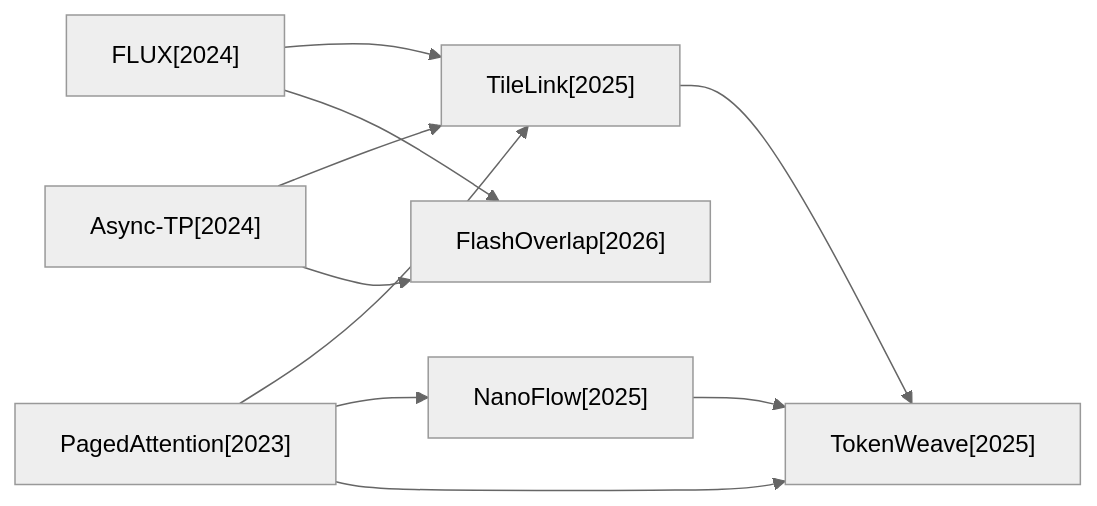
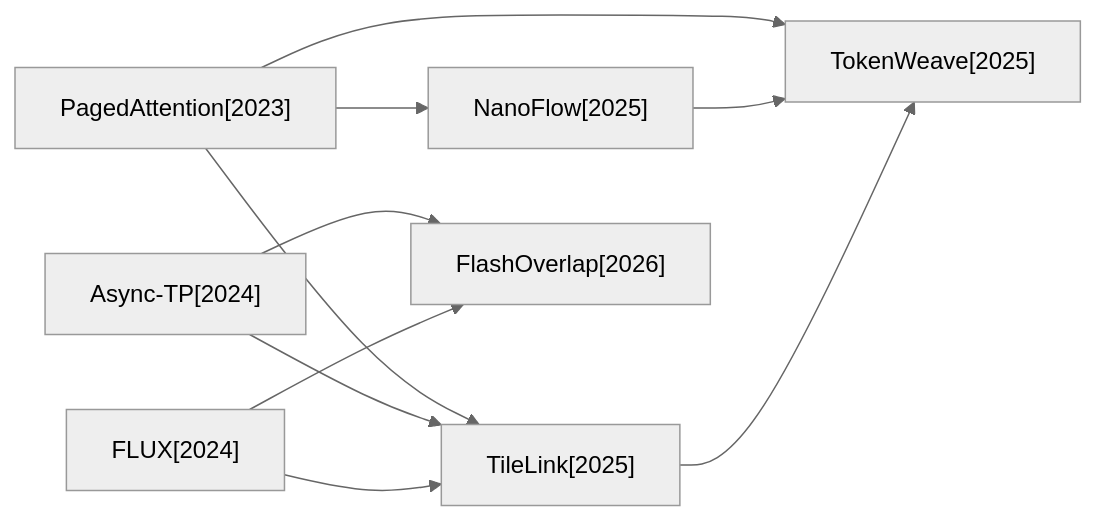
The first of 4 diagrams in docs/baseline_methods_graph.md (hustzxd/EfficientPaper), drawn with Mermaid (neutral theme) before and after one commit. The commit also changed other lines of this file and 2 other files, not shown here.

````diff
--- a/docs/baseline_methods_graph.md
+++ b/docs/baseline_methods_graph.md
@@ -7,19 +7,19 @@
 ```mermaid
 flowchart LR
+    2023_PagedAttention["PagedAttention[2023]"]
+    2024_Async_TP["Async-TP[2024]"]
     2024_FLUX["FLUX[2024]"]
     2025_TokenWeave["TokenWeave[2025]"]
+    2025_NanoFlow["NanoFlow[2025]"]
     2025_TileLink["TileLink[2025]"]
-    2023_PagedAttention["PagedAttention[2023]"]
     2026_FlashOverlap["FlashOverlap[2026]"]
-    2025_NanoFlow["NanoFlow[2025]"]
-    2024_Async_TP["Async-TP[2024]"]
-    2024_FLUX --> 2025_TileLink
-    2024_FLUX --> 2026_FlashOverlap
-    2025_TileLink --> 2025_TokenWeave
     2023_PagedAttention --> 2025_TileLink
     2023_PagedAttention --> 2025_NanoFlow
     2023_PagedAttention --> 2025_TokenWeave
-    2025_NanoFlow --> 2025_TokenWeave
     2024_Async_TP --> 2025_TileLink
     2024_Async_TP --> 2026_FlashOverlap
+    2024_FLUX --> 2025_TileLink
+    2024_FLUX --> 2026_FlashOverlap
+    2025_NanoFlow --> 2025_TokenWeave
+    2025_TileLink --> 2025_TokenWeave
 ```
````
